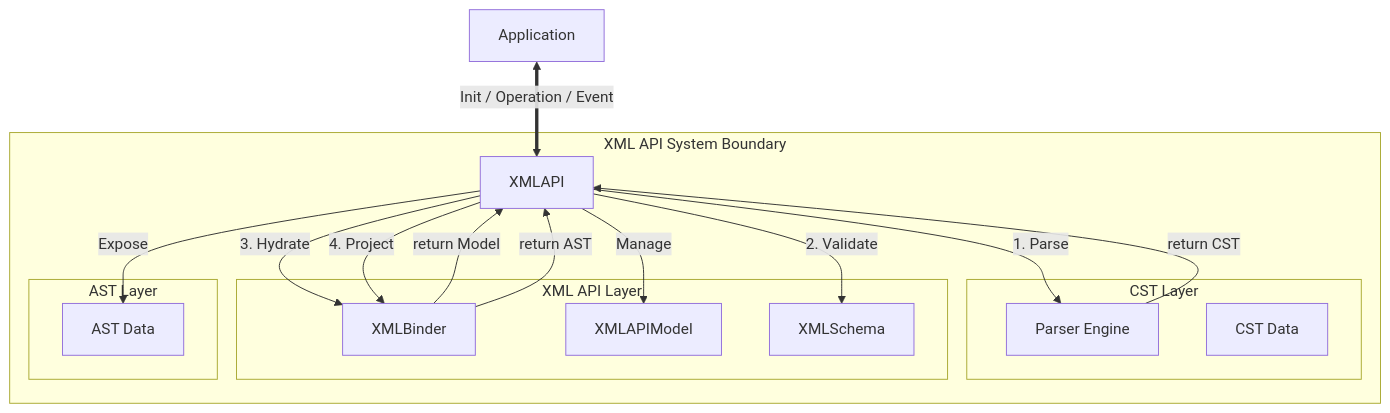
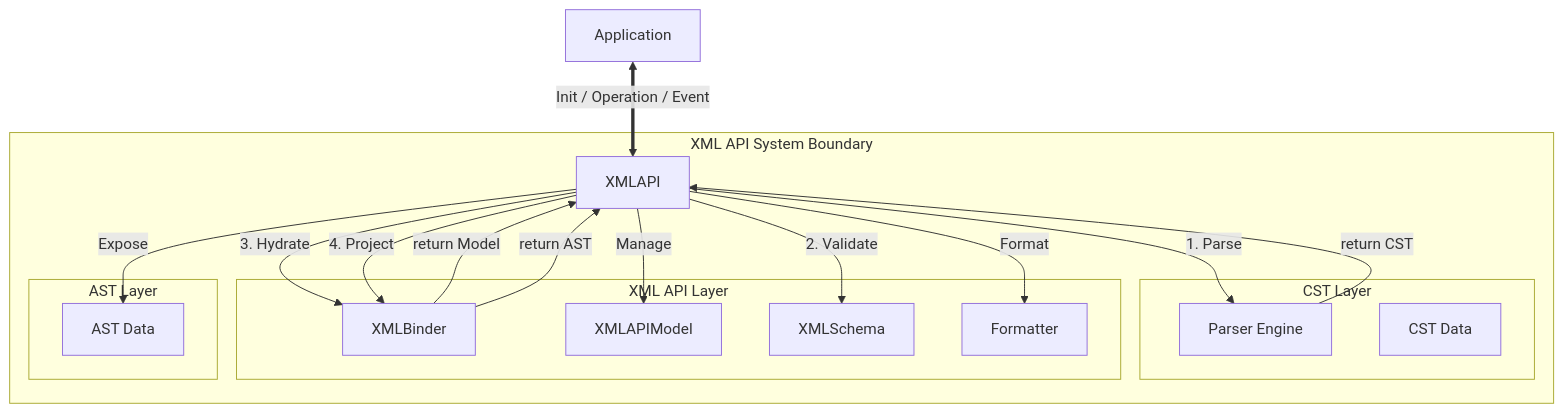
One commit to KazuyaMiyashita/xml-api changed the diagram in README.md. Above: the diagram before and after it, drawn with Mermaid. The commit also changed other lines of this file, not shown here.

````diff
--- a/README.md
+++ b/README.md
@@ -45,41 +45,44 @@
 ```mermaid
 graph TD
     User["Application"]
 
     subgraph "XML API System Boundary"
         Mediator["XMLAPI"]
 
         subgraph "CST Layer"
             Parser["Parser Engine"]
             CST["CST Data"]
         end
 
         subgraph "XML API Layer"
             Binder["XMLBinder"]
             Model["XMLAPIModel"]
             Schema["XMLSchema"]
+            Formatter["Formatter"]
         end
         
         subgraph "AST Layer"
             AST["AST Data"]
         end
     end
 
     %% External Access
     User <==>|"Init / Operation / Event"| Mediator
 
     %% Mediation Flows
     Mediator -- "1. Parse" --> Parser
     Parser -- "return CST" --> Mediator
     
     Mediator -- "2. Validate" --> Schema
     
     Mediator -- "3. Hydrate" --> Binder
     Binder -- "return Model" --> Mediator
     
     Mediator -- "4. Project" --> Binder
     Binder -- "return AST" --> Mediator
 
     Mediator -- "Manage" --> Model
     Mediator -- "Expose" --> AST
+    
+    Mediator -- "Format" --> Formatter
 ```
````
